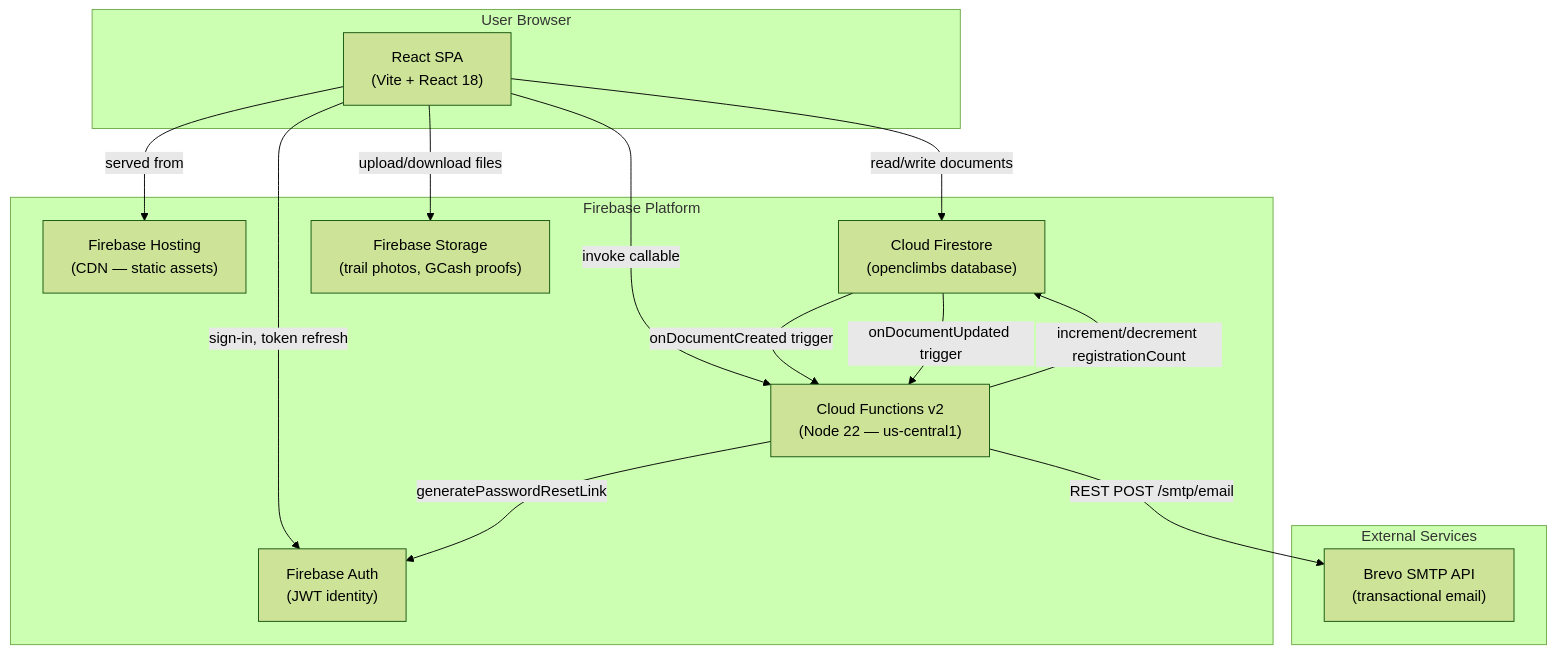
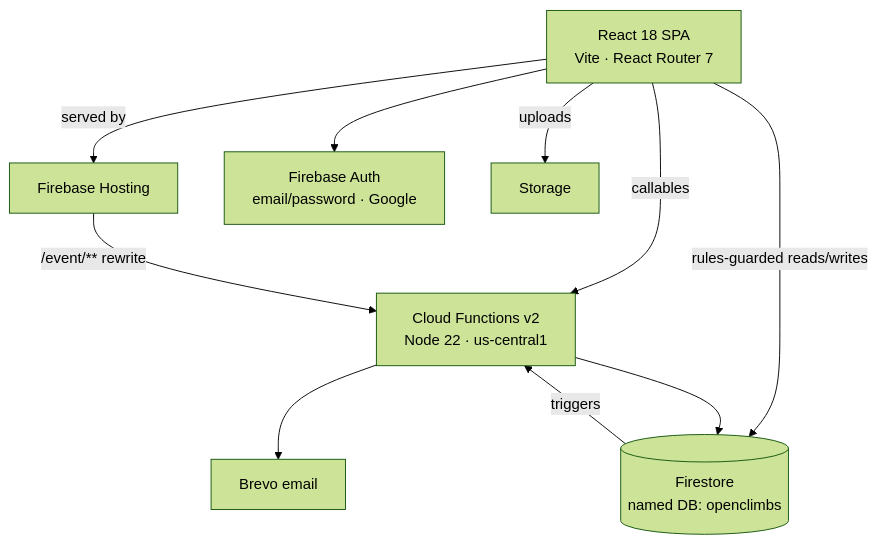
The first of 3 diagrams in docs/guides/ARCHITECTURE.md (Oweeboi011/mms-open-climbs), drawn with Mermaid (forest theme) before and after one commit. The commit also changed other lines of this file and 16 other files, not shown here.

````diff
--- a/docs/guides/ARCHITECTURE.md
+++ b/docs/guides/ARCHITECTURE.md
@@ -47,31 +9,12 @@
 ```mermaid
 graph TB
-    subgraph Browser["User Browser"]
-        SPA["React SPA\n(Vite + React 18)"]
-    end
-
-    subgraph Firebase["Firebase Platform"]
-        FH["Firebase Hosting\n(CDN — static assets)"]
-        FA["Firebase Auth\n(JWT identity)"]
-        FS["Cloud Firestore\n(openclimbs database)"]
-        ST["Firebase Storage\n(trail photos, GCash proofs)"]
-        CF["Cloud Functions v2\n(Node 22 — us-central1)"]
-    end
-
-    subgraph External["External Services"]
-        BV["Brevo SMTP API\n(transactional email)"]
-    end
-
-    SPA -->|served from| FH
-    SPA -->|sign-in, token refresh| FA
-    SPA -->|read/write documents| FS
-    SPA -->|upload/download files| ST
-    SPA -->|invoke callable| CF
-
-    FS -->|onDocumentCreated trigger| CF
-    FS -->|onDocumentUpdated trigger| CF
-
-    CF -->|REST POST /smtp/email| BV
-    CF -->|increment/decrement registrationCount| FS
-    CF -->|generatePasswordResetLink| FA
+    SPA["React 18 SPA<br/>Vite · React Router 7"] -->|served by| FH[Firebase Hosting]
+    SPA --> FA[Firebase Auth<br/>email/password · Google]
+    SPA -->|rules-guarded reads/writes| FS[(Firestore<br/>named DB: openclimbs)]
+    SPA -->|uploads| ST[Storage]
+    SPA -->|callables| CF[Cloud Functions v2<br/>Node 22 · us-central1]
+    FS -->|triggers| CF
+    CF --> BV[Brevo email]
+    CF --> FS
+    FH -->|/event/** rewrite| CF
 ```
````
